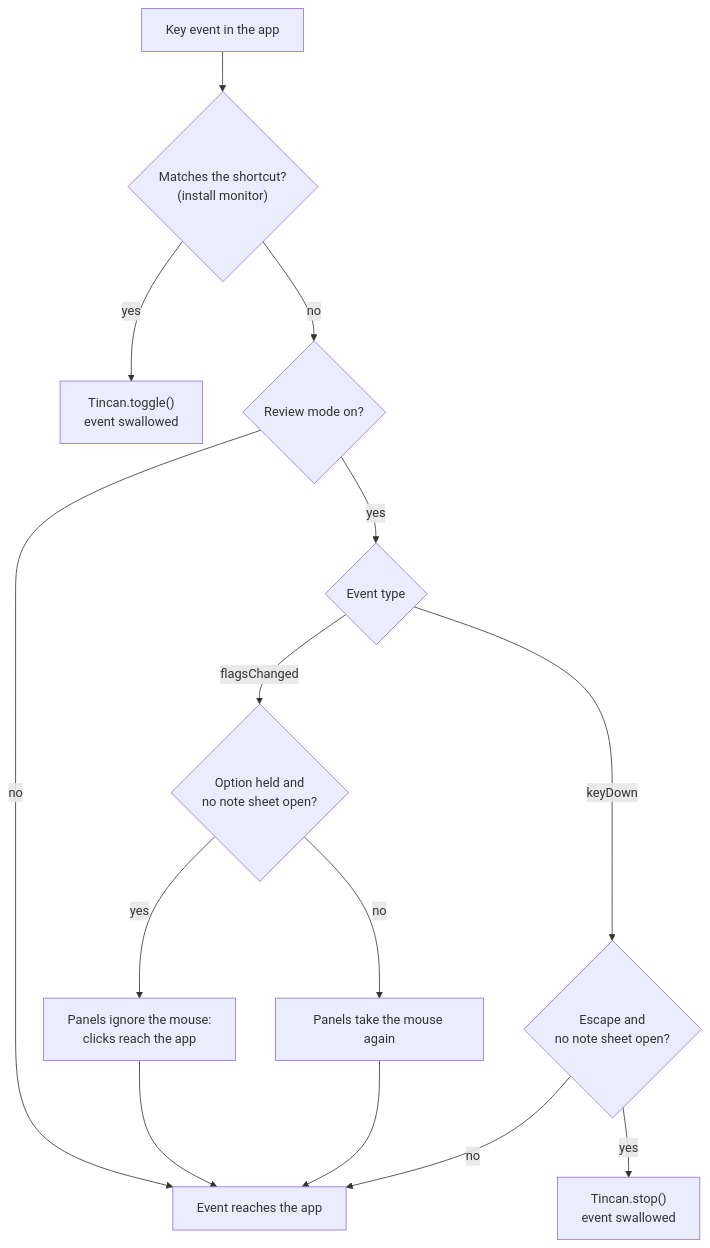
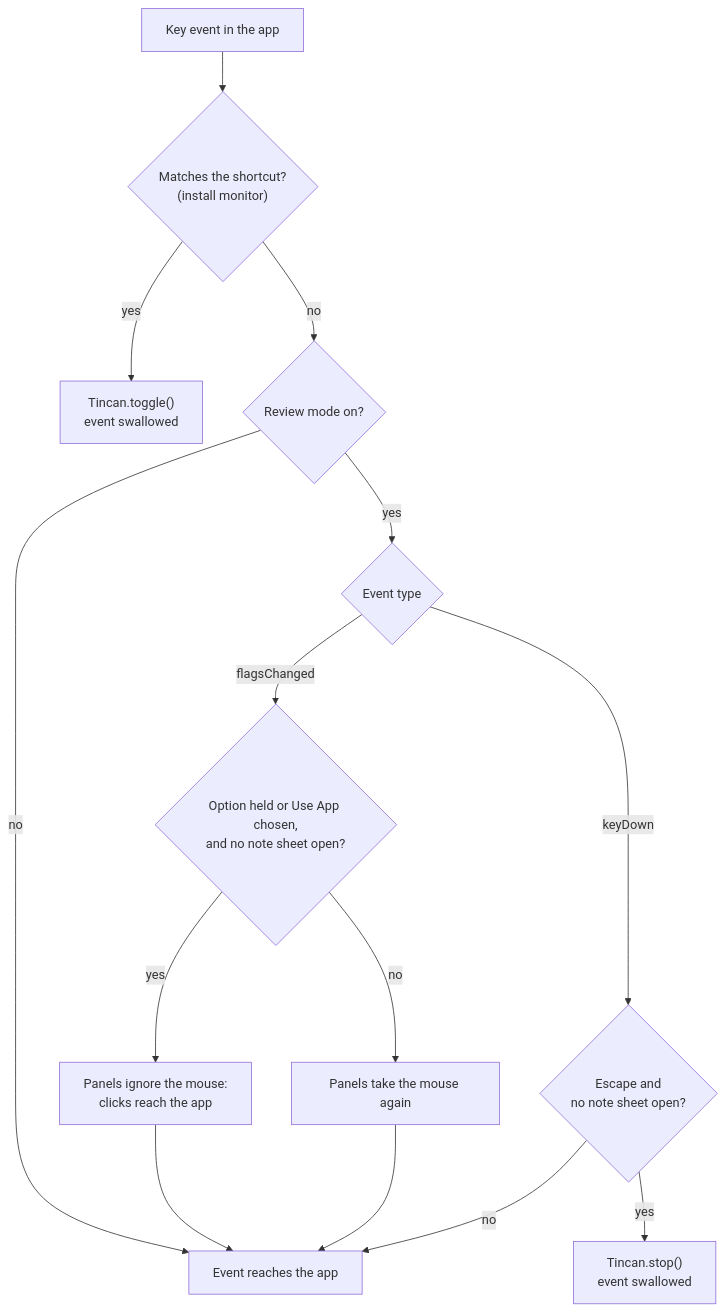
The ninth of 19 diagrams in docs/ARCHITECTURE.md (ordinarynerds/tincan), drawn with Mermaid before and after one commit. The commit also changed other lines of this file and 9 other files, not shown here.

````diff
--- a/docs/ARCHITECTURE.md
+++ b/docs/ARCHITECTURE.md
@@ -249,16 +253,16 @@
 ```mermaid
 flowchart TD
     key["Key event in the app"] --> sc{"Matches the shortcut?<br/>(install monitor)"}
     sc -- yes --> toggle["Tincan.toggle()<br/>event swallowed"]
     sc -- no --> active{"Review mode on?"}
     active -- no --> app["Event reaches the app"]
     active -- yes --> kind{"Event type"}
-    kind -- "flagsChanged" --> opt{"Option held and<br/>no note sheet open?"}
+    kind -- "flagsChanged" --> opt{"Option held or Use App chosen,<br/>and no note sheet open?"}
     opt -- yes --> pass["Panels ignore the mouse:<br/>clicks reach the app"]
     opt -- no --> catchm["Panels take the mouse again"]
     pass --> app
     catchm --> app
     kind -- "keyDown" --> esc{"Escape and<br/>no note sheet open?"}
     esc -- yes --> stop["Tincan.stop()<br/>event swallowed"]
     esc -- no --> app
 ```
````
